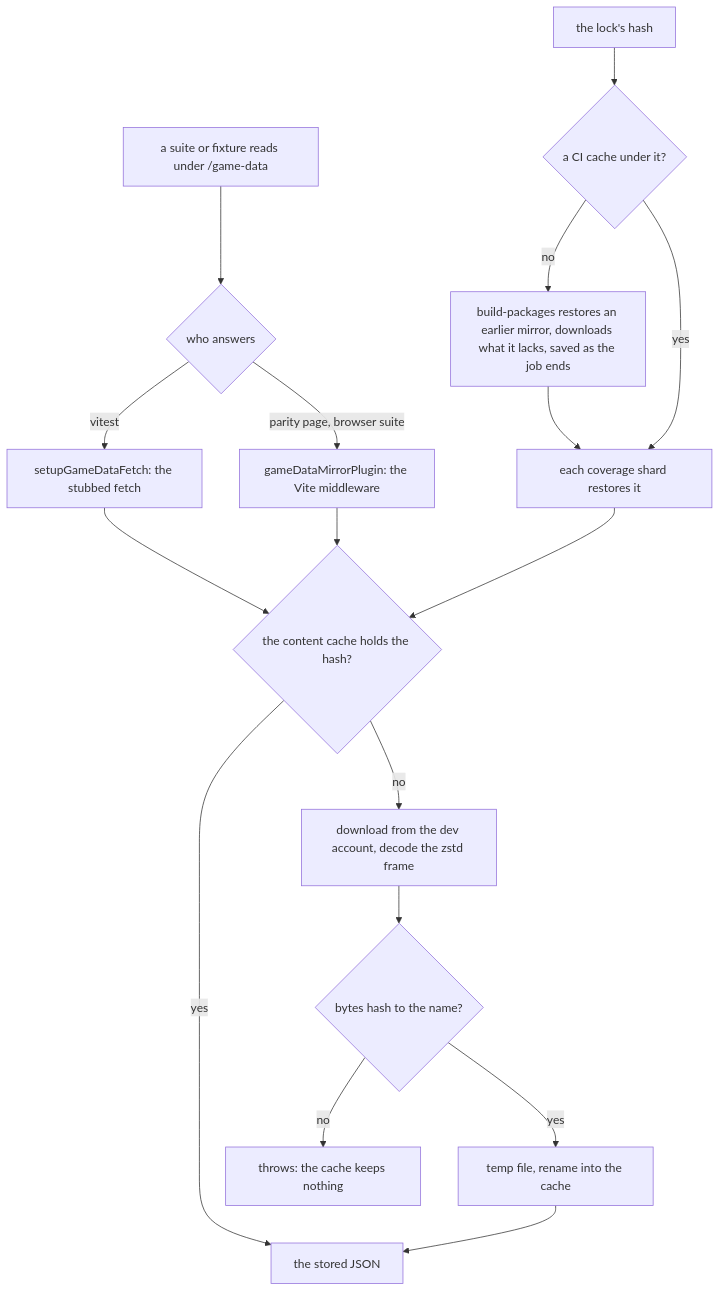
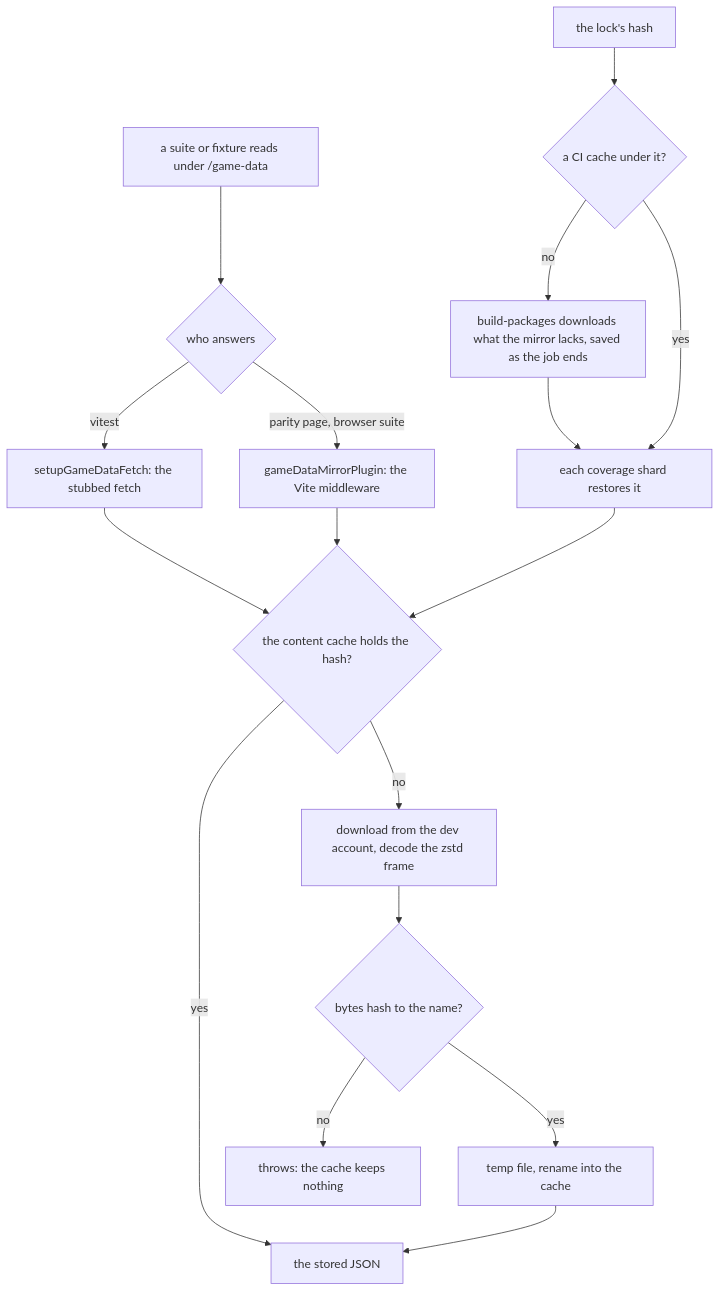
The fifth of 5 diagrams in openspec/specs/genshin/hosted-game-data/design.md (Esposter/Esposter), drawn with Mermaid before and after one commit. The commit also changed other lines of this file and 10 other files, not shown here.

````diff
--- a/openspec/specs/genshin/hosted-game-data/design.md
+++ b/openspec/specs/genshin/hosted-game-data/design.md
@@ -189,19 +189,19 @@
 ```mermaid
 flowchart TD
   Suite["a suite or fixture reads under /game-data"] --> Route{"who answers"}
   Route -->|vitest| Fetch["setupGameDataFetch: the stubbed fetch"]
   Route -->|"parity page, browser suite"| Middleware["gameDataMirrorPlugin: the Vite middleware"]
   Fetch --> Mirror{"the content cache holds the hash?"}
   Middleware --> Mirror
   Mirror -->|yes| Serve["the stored JSON"]
   Mirror -->|no| Download["download from the dev account, decode the zstd frame"]
   Download --> Hash{"bytes hash to the name?"}
   Hash -->|no| Refuse["throws: the cache keeps nothing"]
   Hash -->|yes| Store["temp file, rename into the cache"]
   Store --> Serve
   Lock["the lock's hash"] --> Cached{"a CI cache under it?"}
-  Cached -->|no| Fill["build-packages restores an earlier mirror, downloads what it lacks, saved as the job ends"]
+  Cached -->|no| Fill["build-packages downloads what the mirror lacks, saved as the job ends"]
   Cached -->|yes| Restore["each coverage shard restores it"]
   Fill --> Restore
   Restore --> Mirror
 ```
````
